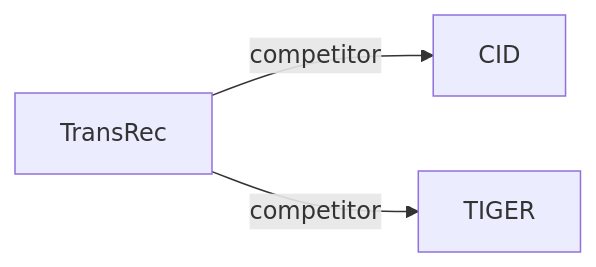
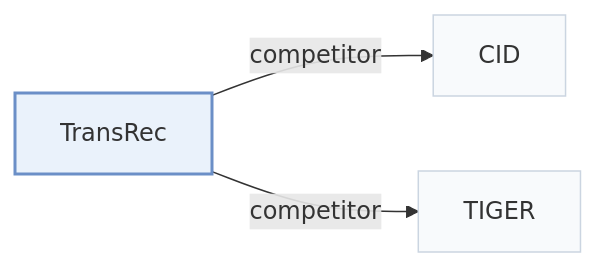
Before and after one commit to Galaxy-ghost/Awesome-SID-Generative-Rec: the second of 2 diagrams in pages/papers/transrec.md, drawn with Mermaid. The commit also changed other lines of this file and 649 other files, not shown here.

Commit message:
writer-05: also tags and modality index (schema, check, build, visuals); summary field removed; calibration data for 12 papers

````diff
--- a/pages/papers/transrec.md
+++ b/pages/papers/transrec.md
@@ -69,6 +74,10 @@
 ```mermaid
 flowchart LR
     P["TransRec"]
-    P -->|competitor| A["CID"]
-    P -->|competitor| B["TIGER"]
+    P -->|"competitor"| A["CID"]
+    P -->|"competitor"| B["TIGER"]
+    classDef main fill:#eaf2fb,stroke:#6b8fc7,stroke-width:2px
+    classDef peer fill:#f8fafc,stroke:#cbd5e1
+    class P main
+    class A,B peer
 ```
````
